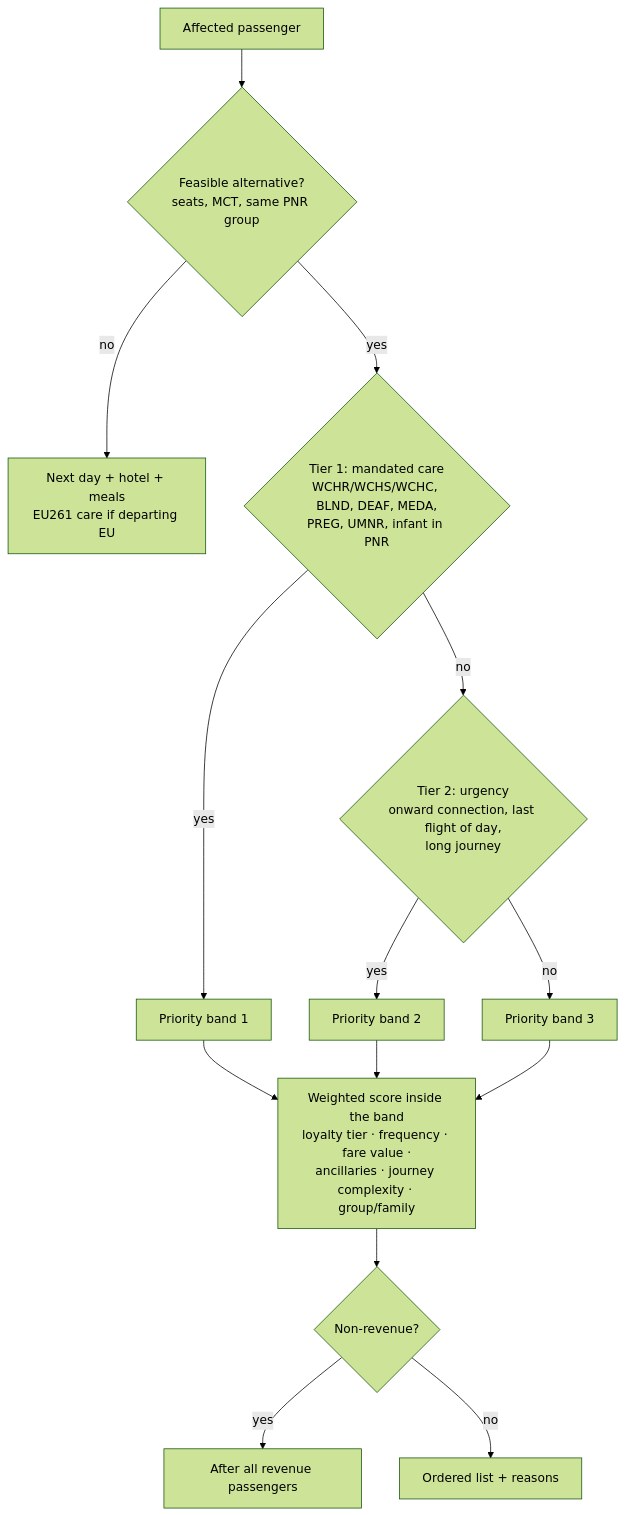
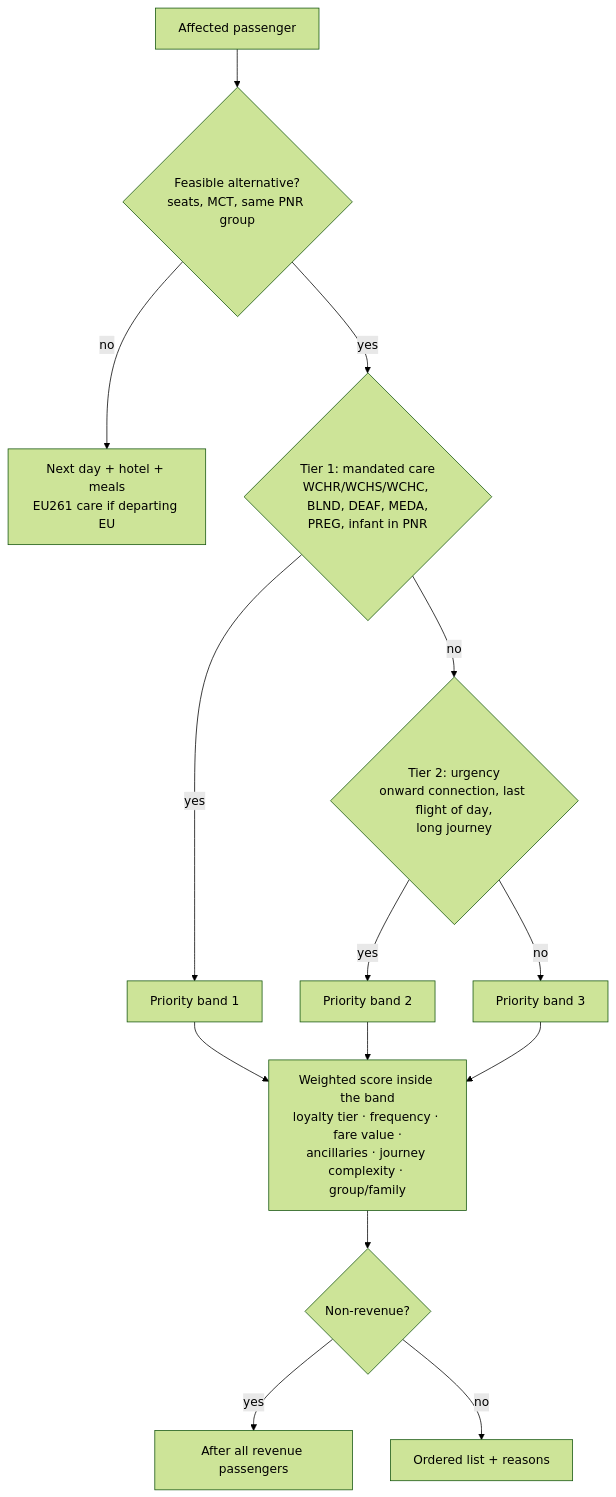
The eighth of 9 diagrams in products/disruption-advisor/source/disruption-advisor/docs/architecture/SYSTEM_ARCHITECTURE.md (bimsarav/Hackathon-606), drawn with Mermaid (forest theme) before and after one commit. The commit also changed other lines of this file and 70 other files, not shown here.

````diff
--- a/products/disruption-advisor/source/disruption-advisor/docs/architecture/SYSTEM_ARCHITECTURE.md
+++ b/products/disruption-advisor/source/disruption-advisor/docs/architecture/SYSTEM_ARCHITECTURE.md
@@ -207,14 +211,14 @@
 ```mermaid
 flowchart TB
   A[Affected passenger] --> F{Feasible alternative?<br/>seats, MCT, same PNR group}
   F -- no --> NX[Next day + hotel + meals<br/>EU261 care if departing EU]
-  F -- yes --> T1{Tier 1: mandated care<br/>WCHR/WCHS/WCHC, BLND, DEAF, MEDA,<br/>PREG, UMNR, infant in PNR}
+  F -- yes --> T1{Tier 1: mandated care<br/>WCHR/WCHS/WCHC, BLND, DEAF, MEDA,<br/>PREG, infant in PNR}
   T1 -- yes --> P1[Priority band 1]
   T1 -- no --> T2{Tier 2: urgency<br/>onward connection, last flight of day,<br/>long journey}
   T2 -- yes --> P2[Priority band 2]
   T2 -- no --> P3[Priority band 3]
   P1 & P2 & P3 --> W[Weighted score inside the band<br/>loyalty tier · frequency · fare value ·<br/>ancillaries · journey complexity · group/family]
   W --> NR{Non-revenue?}
   NR -- yes --> L[After all revenue passengers]
   NR -- no --> O[Ordered list + reasons]
 ```
````
